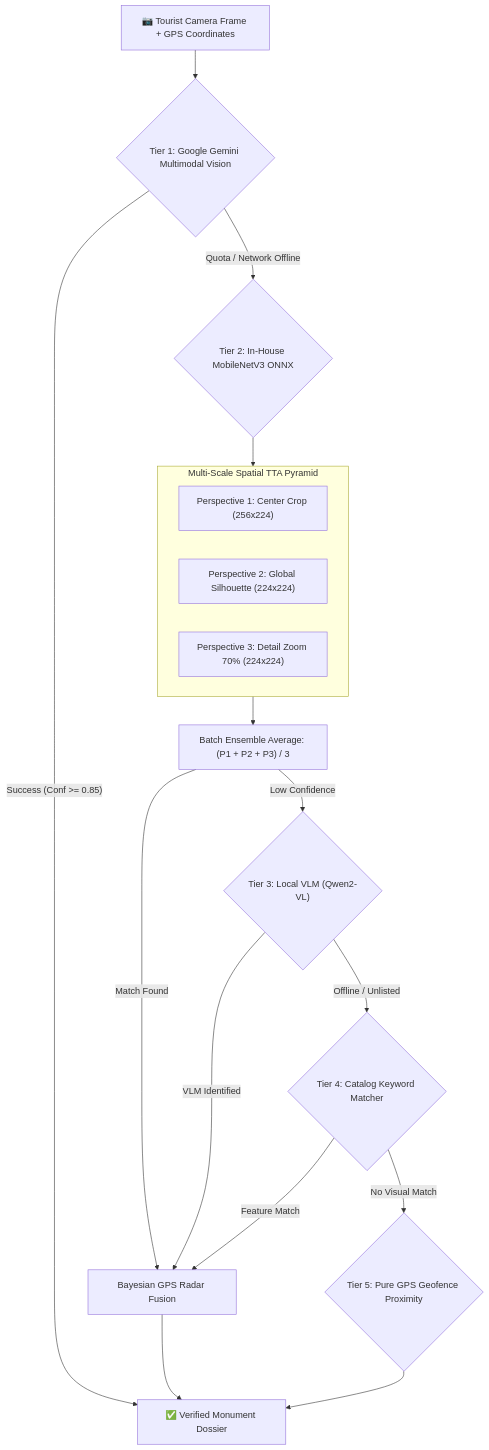
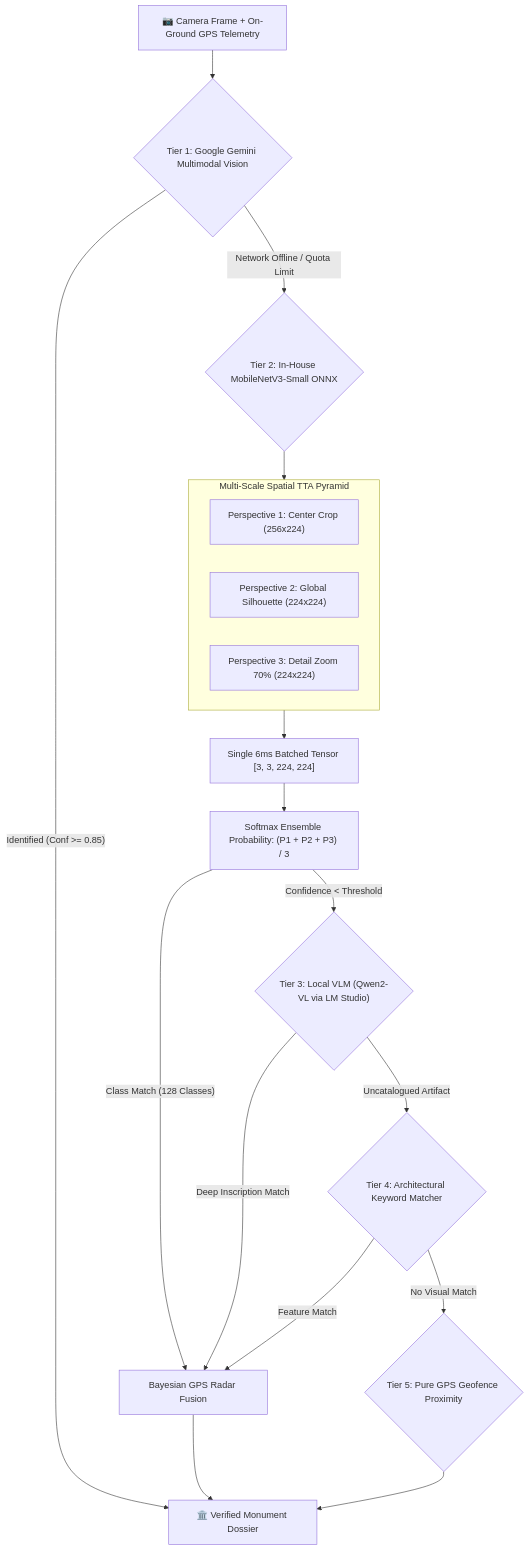
One commit to Priyankkhatri/SIH-THE-CODER-CULT changed the diagram in README.md. Above: the diagram before and after it, drawn with Mermaid. The commit also changed other lines of this file, not shown here.

````diff
--- a/README.md
+++ b/README.md
@@ -184,25 +135,26 @@
 ```mermaid
 graph TD
-    IMG["📷 Tourist Camera Frame + GPS Coordinates"] --> T1{"Tier 1: Google Gemini Multimodal Vision"}
-    T1 -- "Success (Conf >= 0.85)" --> RES["✅ Verified Monument Dossier"]
-    T1 -- "Quota / Network Offline" --> T2{"Tier 2: In-House MobileNetV3 ONNX"}
-    
+    FRAME["📷 Camera Frame + On-Ground GPS Telemetry"] --> T1{"Tier 1: Google Gemini Multimodal Vision"}
+    T1 -- "Identified (Conf >= 0.85)" --> OUT["🏛️ Verified Monument Dossier"]
+    T1 -- "Network Offline / Quota Limit" --> T2{"Tier 2: In-House MobileNetV3-Small ONNX"}
+
     subgraph TTA ["Multi-Scale Spatial TTA Pyramid"]
-        C1["Perspective 1: Center Crop (256x224)"]
-        C2["Perspective 2: Global Silhouette (224x224)"]
-        C3["Perspective 3: Detail Zoom 70% (224x224)"]
+        P1["Perspective 1: Center Crop (256x224)"]
+        P2["Perspective 2: Global Silhouette (224x224)"]
+        P3["Perspective 3: Detail Zoom 70% (224x224)"]
     end
-    
-    T2 --> TTA --> ENS["Batch Ensemble Average: (P1 + P2 + P3) / 3"]
-    ENS -- "Match Found" --> FUSE["Bayesian GPS Radar Fusion"]
-    ENS -- "Low Confidence" --> T3{"Tier 3: Local VLM (Qwen2-VL)"}
-    
-    T3 -- "VLM Identified" --> FUSE
-    T3 -- "Offline / Unlisted" --> T4{"Tier 4: Catalog Keyword Matcher"}
-    
-    T4 -- "Feature Match" --> FUSE
+
+    T2 --> TTA --> BATCH["Single 6ms Batched Tensor [3, 3, 224, 224]"]
+    BATCH --> SOFTMAX["Softmax Ensemble Probability: (P1 + P2 + P3) / 3"]
+    SOFTMAX -- "Class Match (128 Classes)" --> FUSION["Bayesian GPS Radar Fusion"]
+    SOFTMAX -- "Confidence < Threshold" --> T3{"Tier 3: Local VLM (Qwen2-VL via LM Studio)"}
+
+    T3 -- "Deep Inscription Match" --> FUSION
+    T3 -- "Uncatalogued Artifact" --> T4{"Tier 4: Architectural Keyword Matcher"}
+
+    T4 -- "Feature Match" --> FUSION
     T4 -- "No Visual Match" --> T5{"Tier 5: Pure GPS Geofence Proximity"}
-    
-    T5 --> RES
-    FUSE --> RES
+
+    T5 --> OUT
+    FUSION --> OUT
 ```
````
